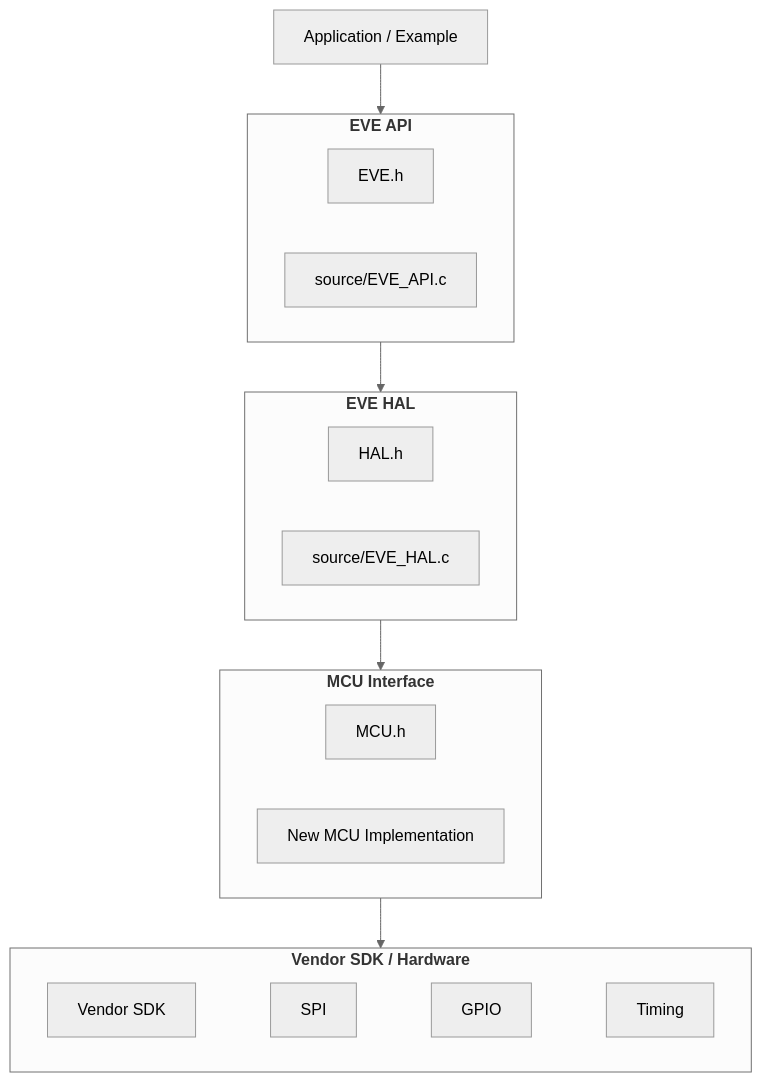
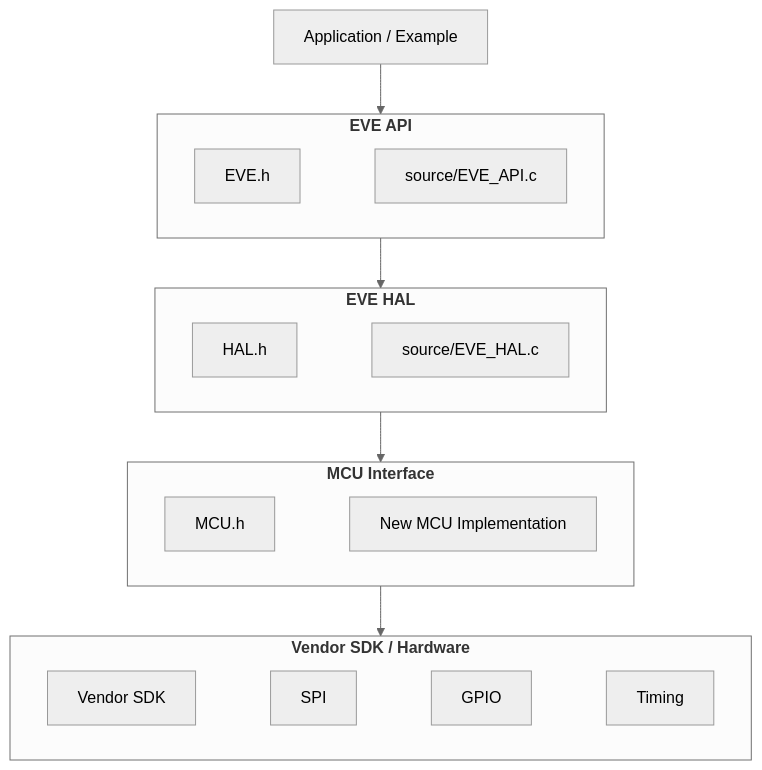
One commit to Bridgetek/Eve-MCU-Dev changed the diagram in PORTING.md. Above: the diagram before and after it, drawn with Mermaid (neutral theme). The commit also changed other lines of this file, not shown here.

Commit message:
update porting guide diagram

````diff
--- a/PORTING.md
+++ b/PORTING.md
@@ -115,40 +115,46 @@
 ```mermaid
 flowchart TD
 
     APP["Application / Example"]
 
     subgraph API["<b>EVE API</b>"]
         direction LR
         API_H["EVE.h"]
         API_C["source/EVE_API.c"]
+
+        API_H ~~~ API_C
     end
 
     subgraph HAL["<b>EVE HAL</b>"]
         direction LR
         HAL_H["HAL.h"]
         HAL_C["source/EVE_HAL.c"]
+
+        HAL_H ~~~ HAL_C
     end
 
     subgraph MCU["<b>MCU Interface</b>"]
         direction LR
         MCU_H["MCU.h"]
         MCU_C["New MCU Implementation"]
+
+        MCU_H ~~~ MCU_C
     end
 
     subgraph SDK["<b>Vendor SDK / Hardware</b>"]
         direction LR
         SDK_API["Vendor SDK"]
         SPI["SPI"]
         GPIO["GPIO"]
         TIME["Timing"]
 
         SDK_API ~~~ SPI
         SPI ~~~ GPIO
         GPIO ~~~ TIME
     end
 
     APP --> API
     API --> HAL
     HAL --> MCU
     MCU --> SDK
 ```
````
